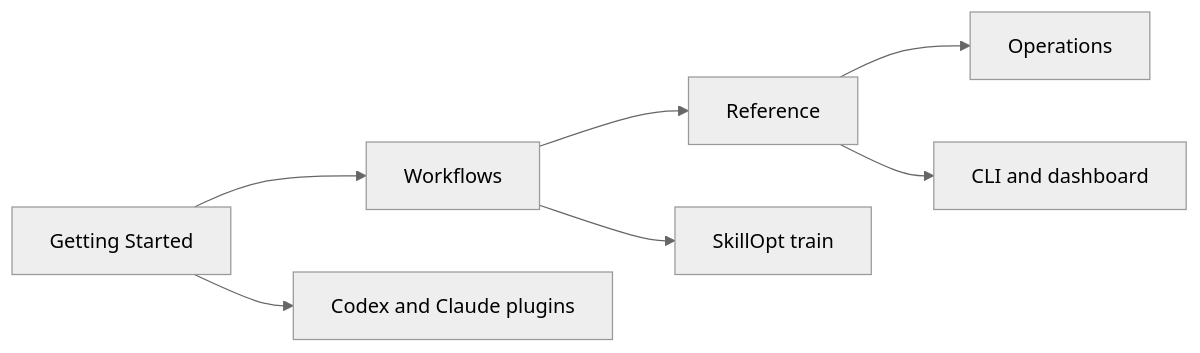
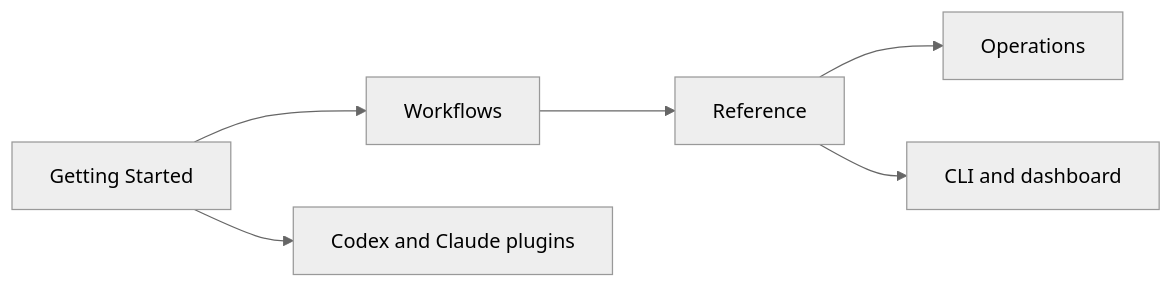
Before and after one commit to gitmoot/gitmoot: the second of 2 diagrams in website/docs/intro.md, drawn with Mermaid (neutral theme). The commit also changed other lines of this file and 281 other files, not shown here.

````diff
--- a/website/docs/intro.md
+++ b/website/docs/intro.md
@@ -65,9 +61,8 @@
 ```mermaid
 flowchart LR
   Start[Getting Started] --> Workflows[Workflows]
   Workflows --> Reference[Reference]
   Reference --> Operations[Operations]
   Start --> Plugins[Codex and Claude plugins]
-  Workflows --> SkillOpt[SkillOpt train]
   Reference --> CLI[CLI and dashboard]
 ```
````
